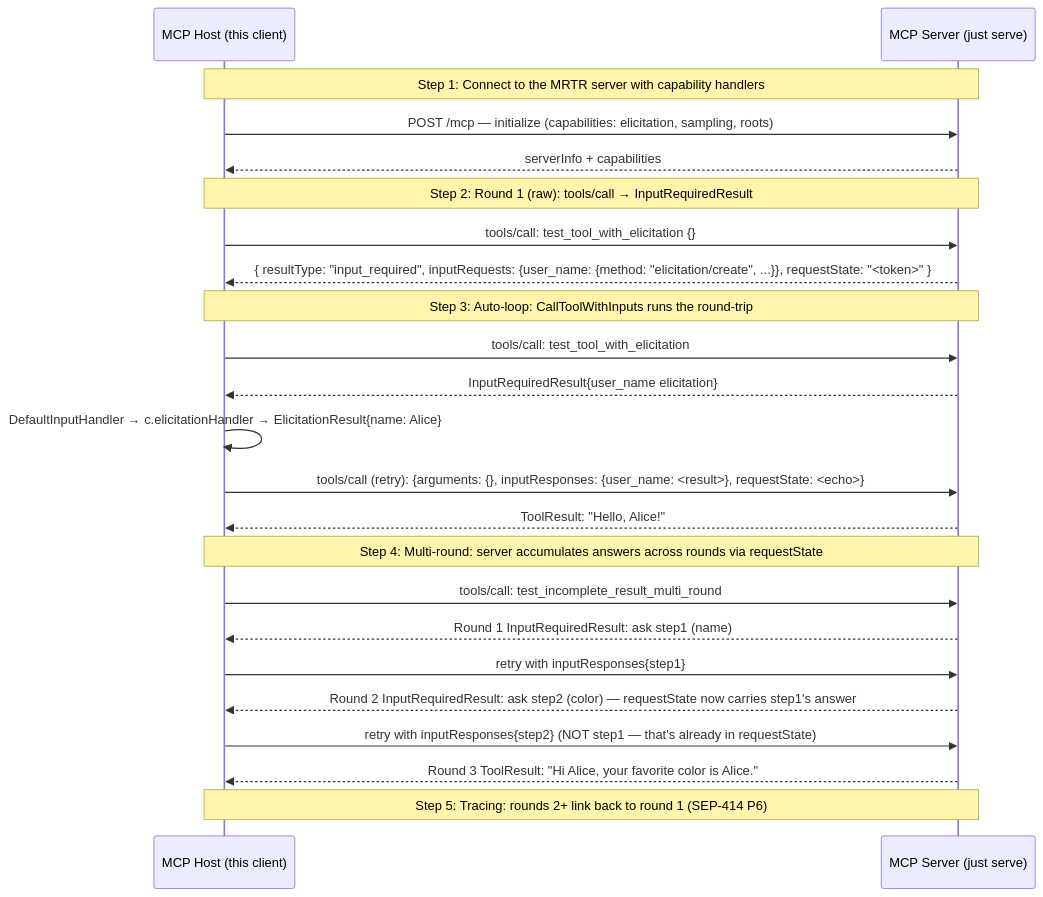
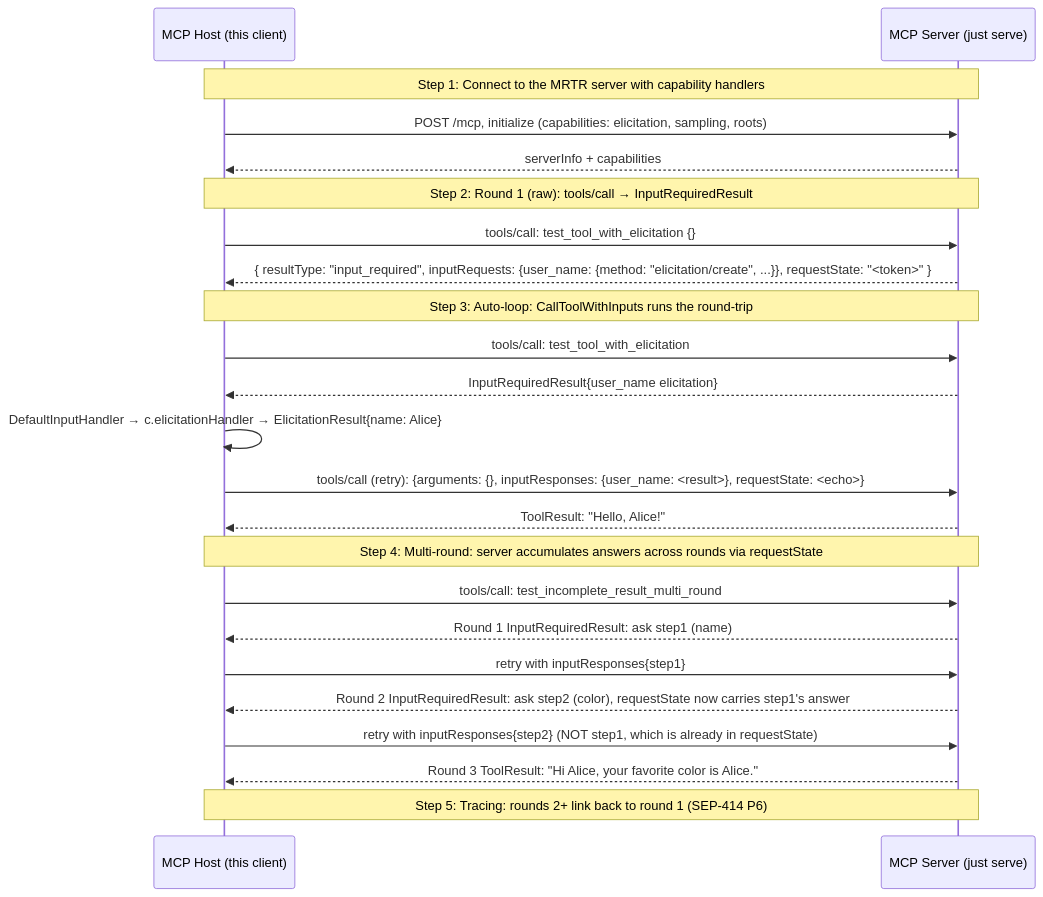
The diagram in examples/mrtr/WALKTHROUGH.md (panyam/mcpkit), drawn with Mermaid before and after one commit. The commit also changed other lines of this file and 54 other files, not shown here.

````diff
--- a/examples/mrtr/WALKTHROUGH.md
+++ b/examples/mrtr/WALKTHROUGH.md
@@ -15,30 +15,30 @@
 ```mermaid
 sequenceDiagram
     participant Host as MCP Host (this client)
     participant Server as MCP Server (just serve)
 
     Note over Host,Server: Step 1: Connect to the MRTR server with capability handlers
-    Host->>Server: POST /mcp — initialize (capabilities: elicitation, sampling, roots)
+    Host->>Server: POST /mcp, initialize (capabilities: elicitation, sampling, roots)
     Server-->>Host: serverInfo + capabilities
 
     Note over Host,Server: Step 2: Round 1 (raw): tools/call → InputRequiredResult
     Host->>Server: tools/call: test_tool_with_elicitation {}
     Server-->>Host: { resultType: "input_required", inputRequests: {user_name: {method: "elicitation/create", ...}}, requestState: "<token>" }
 
     Note over Host,Server: Step 3: Auto-loop: CallToolWithInputs runs the round-trip
     Host->>Server: tools/call: test_tool_with_elicitation
     Server-->>Host: InputRequiredResult{user_name elicitation}
     Host->>Host: DefaultInputHandler → c.elicitationHandler → ElicitationResult{name: Alice}
     Host->>Server: tools/call (retry): {arguments: {}, inputResponses: {user_name: <result>}, requestState: <echo>}
     Server-->>Host: ToolResult: "Hello, Alice!"
 
     Note over Host,Server: Step 4: Multi-round: server accumulates answers across rounds via requestState
     Host->>Server: tools/call: test_incomplete_result_multi_round
     Server-->>Host: Round 1 InputRequiredResult: ask step1 (name)
     Host->>Server: retry with inputResponses{step1}
-    Server-->>Host: Round 2 InputRequiredResult: ask step2 (color) — requestState now carries step1's answer
-    Host->>Server: retry with inputResponses{step2} (NOT step1 — that's already in requestState)
+    Server-->>Host: Round 2 InputRequiredResult: ask step2 (color), requestState now carries step1's answer
+    Host->>Server: retry with inputResponses{step2} (NOT step1, which is already in requestState)
     Server-->>Host: Round 3 ToolResult: "Hi Alice, your favorite color is Alice."
 
     Note over Host,Server: Step 5: Tracing: rounds 2+ link back to round 1 (SEP-414 P6)
 ```
````
